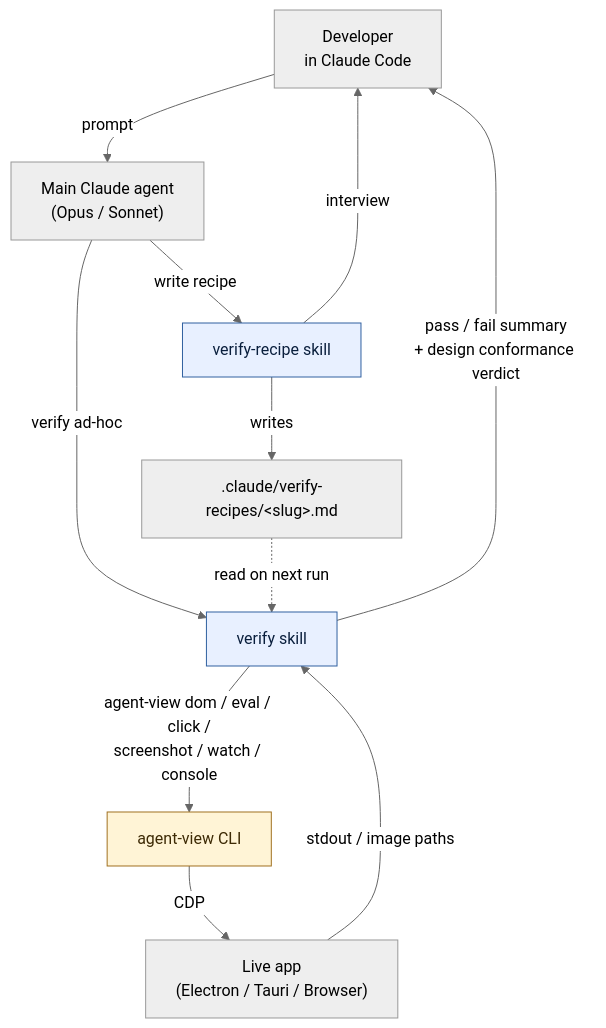
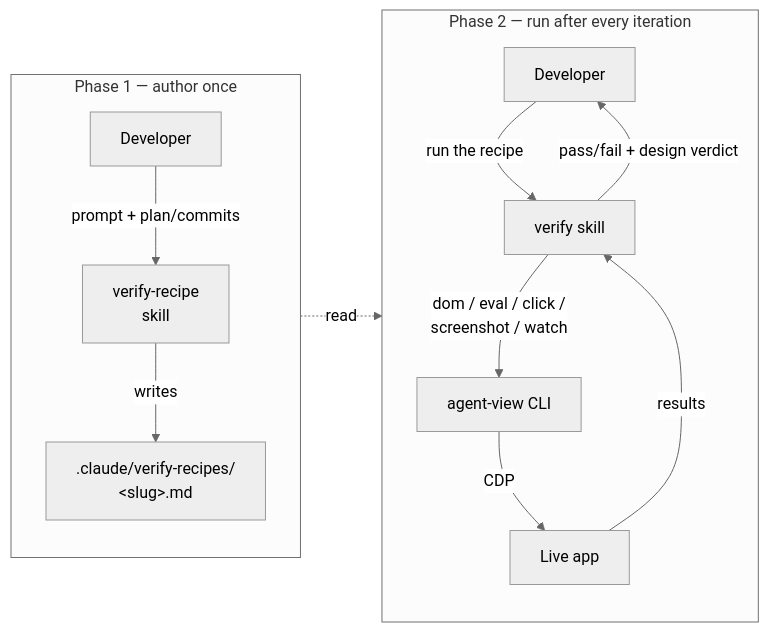
The diagram in README.md (PetukhovArt/agent-view), drawn with Mermaid (neutral theme) before and after one commit. The commit also changed other lines of this file and 3 other files, not shown here.

````diff
--- a/README.md
+++ b/README.md
@@ -197,22 +172,18 @@
 ```mermaid
-flowchart TD
-    Dev["Developer<br/>in Claude Code"] -->|prompt| Agent["Main Claude agent<br/>(Opus / Sonnet)"]
+flowchart LR
+    subgraph Author["Phase 1 — author once"]
+      direction TB
+      Dev1["Developer"] -->|prompt + plan/commits| Recipe["verify-recipe<br/>skill"]
+      Recipe -->|writes| File[".claude/verify-recipes/<br/>&lt;slug&gt;.md"]
+    end
 
-    Agent -->|"verify ad-hoc"| Verify["verify skill"]
-    Agent -->|"write recipe"| Recipe["verify-recipe skill"]
-
-    Recipe -->|interview| Dev
-    Recipe -->|writes| File[".claude/verify-recipes/&lt;slug&gt;.md"]
-    File -.->|read on next run| Verify
-
-    Verify -->|"agent-view dom / eval / click /<br/>screenshot / watch / console"| CLI["agent-view CLI"]
-    CLI -->|CDP| App["Live app<br/>(Electron / Tauri / Browser)"]
-    App -->|stdout / image paths| Verify
-
-    Verify -->|"pass / fail summary<br/>+ design conformance verdict"| Dev
-
-    classDef skill fill:#e8f0ff,stroke:#3060a0,color:#0a1f3d
-    classDef tool fill:#fff4d6,stroke:#a07020,color:#3d2a05
-    class Verify,Recipe skill
-    class CLI tool
+    subgraph Run["Phase 2 — run after every iteration"]
+      direction TB
+      Dev2["Developer"] -->|"run the recipe"| Verify["verify skill"]
+      File -.->|read| Verify
+      Verify -->|"dom / eval / click /<br/>screenshot / watch"| CLI["agent-view CLI"]
+      CLI -->|CDP| App["Live app"]
+      App -->|results| Verify
+      Verify -->|pass/fail + design verdict| Dev2
+    end
 ```
````
